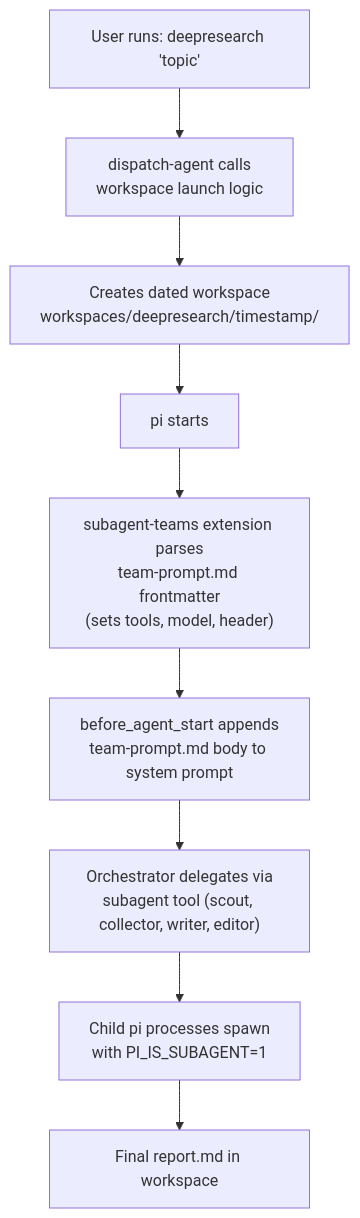
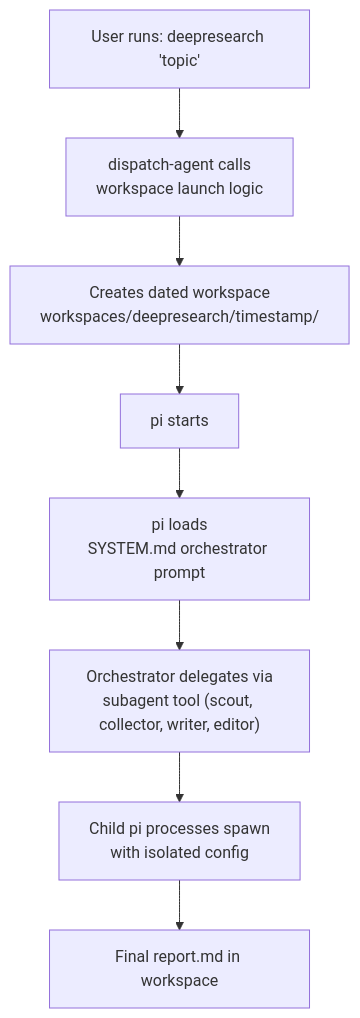
One commit to PlebeiusGaragicus/dot-pi changed the second of 3 diagrams in docs/architecture.md. Above: the diagram before and after it, drawn with Mermaid. The commit also changed other lines of this file and 42 other files, not shown here.

````diff
--- a/docs/architecture.md
+++ b/docs/architecture.md
@@ -77,15 +76,14 @@
 ```mermaid
 graph TD
   WUser["User runs: deepresearch 'topic'"]
   WAlias["dispatch-agent calls<br/>workspace launch logic"]
   WDir["Creates dated workspace<br/>workspaces/deepresearch/timestamp/"]
   WPi["pi starts"]
-  WFrontmatter["subagent-teams extension parses<br/>team-prompt.md frontmatter<br/>(sets tools, model, header)"]
-  WTeamPrompt["before_agent_start appends<br/>team-prompt.md body to system prompt"]
+  WSystem["pi loads<br/>SYSTEM.md orchestrator prompt"]
   WSubagent["Orchestrator delegates via<br/>subagent tool (scout, collector, writer, editor)"]
-  WChild["Child pi processes spawn<br/>with PI_IS_SUBAGENT=1"]
+  WChild["Child pi processes spawn<br/>with isolated config"]
   WReport["Final report.md in workspace"]
 
   WUser --> WAlias --> WDir --> WPi
-  WPi --> WFrontmatter --> WTeamPrompt --> WSubagent --> WChild --> WReport
+  WPi --> WSystem --> WSubagent --> WChild --> WReport
 ```
````
